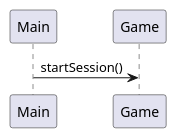
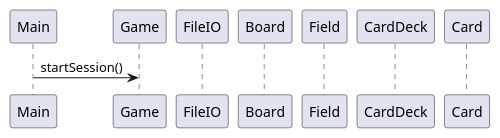
The diagram in doc/dynamic/sequence_UC1_BuildBoard.puml (Dat1Cphbusiness/MonopolyE26), drawn with PlantUML before and after one commit. The commit also changed other lines of this file, not shown here.

Commit message:
rettede instruktioner

```diff
--- a/doc/dynamic/sequence_UC1_BuildBoard.puml
+++ b/doc/dynamic/sequence_UC1_BuildBoard.puml
@@ -1,12 +1,28 @@
 @startuml
+
+participant Main
+participant Game
+participant FileIO
+participant Board
+participant Field
+participant CardDeck
+participant Card
+
 Main -> Game: startSession()
-'indsæt kald til readBoardData
-'indsæt kald til konstruktoren i Board
-'indsæt kald til createFields
-'indsæt loop
-'indsæt kald til konstruktoren i Field
-'indsæt kald til readBoardData
-'indsæt kald til konstruktoren i CardDeck
-'indsæt kald til createCards
-'indsæt kald til konstruktoren i Card
+
+'indsæt kald til createGameAssets(fielddata) i Game
+'indsæt kald til readData i FileIO for at få indlæst felter
+'indsæt kald til readData i FileIO for at få indlæst kort
+'indsæt kald til Board klassens konstruktor, med de to String array's som argument
+'indsæt kald fra Board til CardDeck klassens konstruktor, send carddata med videre som arguement
+'indsæt kald fra CardDeck egen createCards metode, send carddata med videre som argument
+'indsæt et loop der gennemløber alle elementer i carddata
+'indsæt et kald fra CardDeck til Card klassens konstructor
+'returner en Card instans fra Card
+'returner CardDeck instansen
+'indsæt kald fra Board til egen createFields metode, send fieldddata med som arguement
+'indsæt et loop der gennemløber alle elementer i fielddata
+'indsæt et kald fra Board til Field  klassens konstructor
+'returner en Field  instans fra Field
+
 @enduml
```
